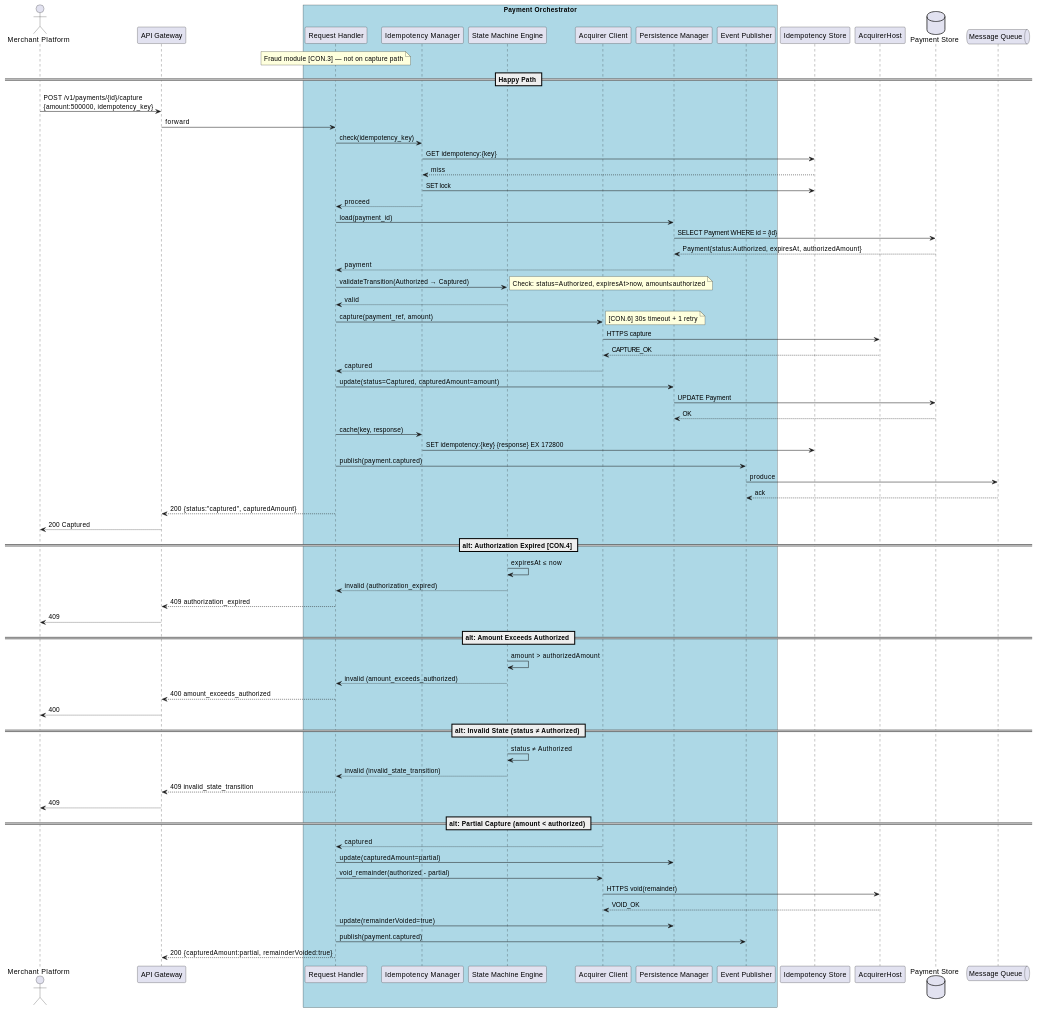
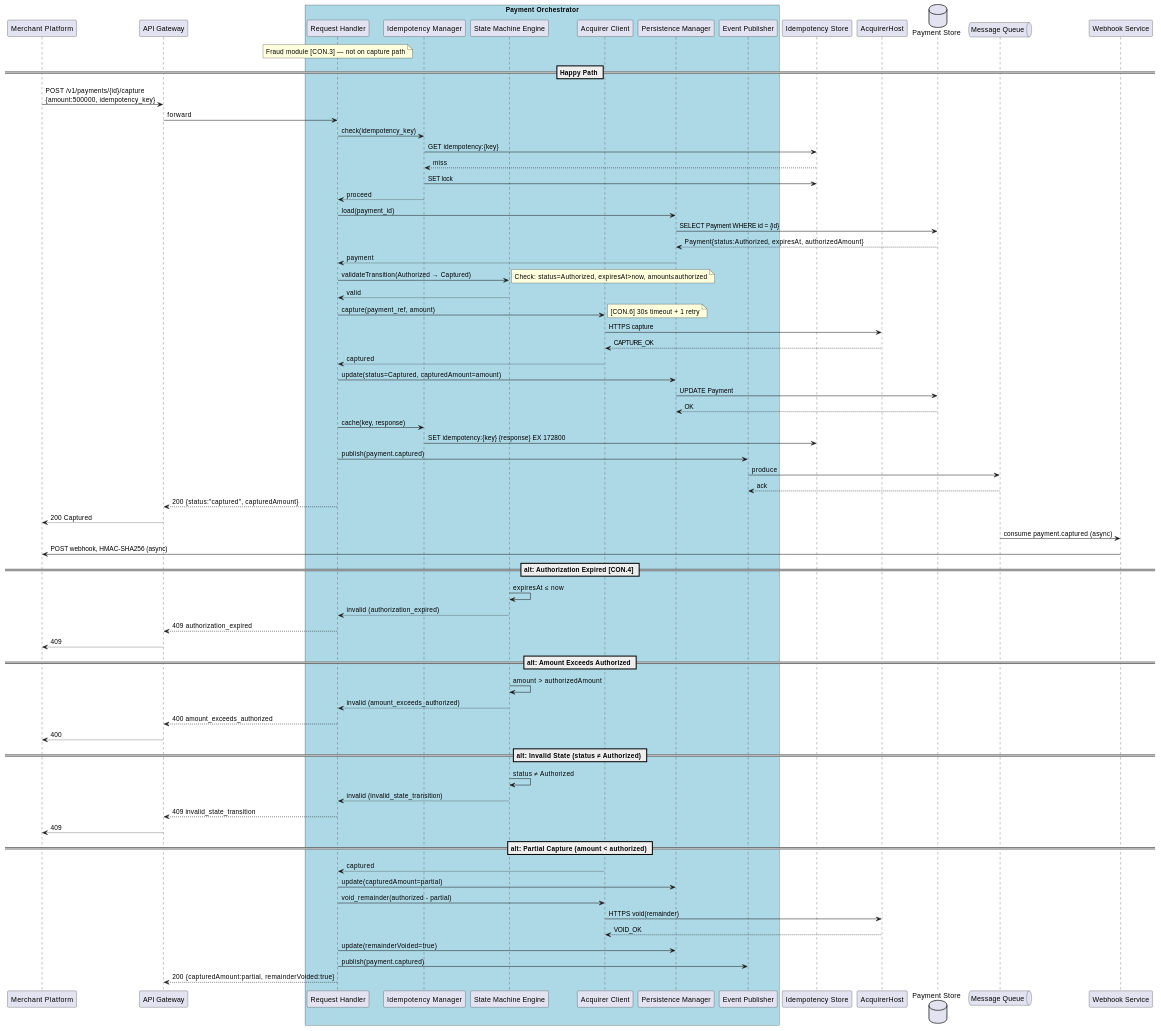
One commit to manhtienptit/team3 changed the second of 3 diagrams in Lb/Lab10-UML-Named-UseCases.md. Above: the diagram before and after it, drawn with PlantUML. The commit also changed other lines of this file, not shown here.

````diff
--- a/Lb/Lab10-UML-Named-UseCases.md
+++ b/Lb/Lab10-UML-Named-UseCases.md
@@ -184,6 +195,6 @@
 ```plantuml
 @startuml
-actor "Merchant Platform" as Merchant
+participant "Merchant Platform" as Merchant
 participant "API Gateway" as APIGW
 box "Payment Orchestrator" #LightBlue
   participant "Request Handler" as ReqHandler
@@ -197,6 +208,7 @@
 participant "AcquirerHost" as Acquirer
 database "Payment Store" as PG
 queue "Message Queue" as MQ
+participant "Webhook Service" as Webhook
 
 note over ReqHandler: Fraud module [CON.3] — not on capture path
 
@@ -240,6 +252,8 @@
 
 ReqHandler --> APIGW : 200 {status:"captured", capturedAmount}
 APIGW --> Merchant : 200 Captured
+MQ -> Webhook : consume payment.captured (async)
+Webhook -> Merchant : POST webhook, HMAC-SHA256 (async)
 
 == alt: Authorization Expired [CON.4] ==
 
````
